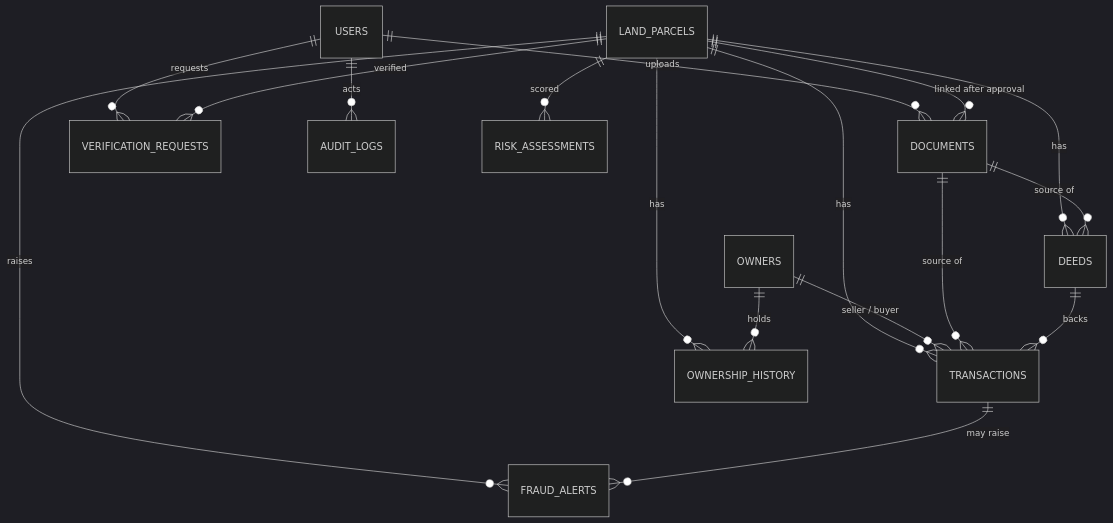
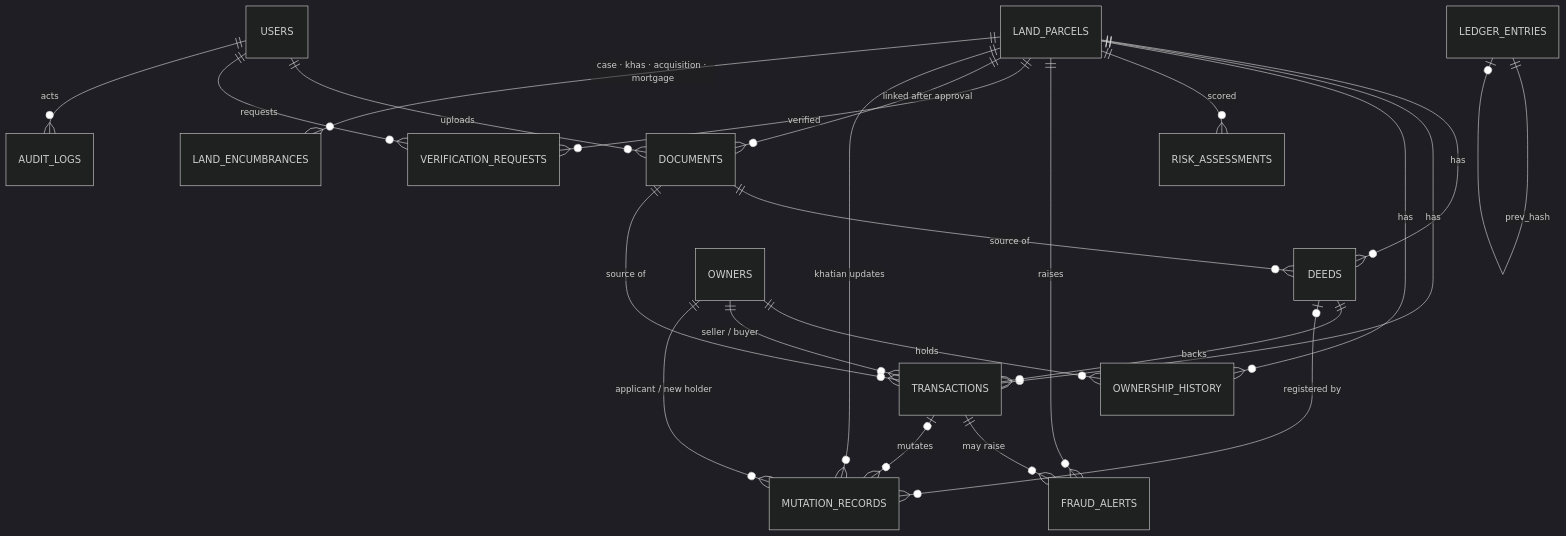
One commit to A-42-018/LandSheild-BD changed the seventh of 7 diagrams in docs/architecture.md. Above: the diagram before and after it, drawn with Mermaid (dark theme). The commit also changed other lines of this file and 170 other files, not shown here.

First line of the commit message:
Phases G0-Q2: e-Mutation, encumbrances, signed records, ledger, Formal Green UI, e2e

````diff
--- a/docs/architecture.md
+++ b/docs/architecture.md
@@ -73,19 +112,25 @@
 ```mermaid
 erDiagram
   USERS ||--o{ DOCUMENTS : uploads
   USERS ||--o{ VERIFICATION_REQUESTS : requests
   USERS ||--o{ AUDIT_LOGS : acts
   LAND_PARCELS ||--o{ DEEDS : has
   LAND_PARCELS ||--o{ TRANSACTIONS : has
   LAND_PARCELS ||--o{ OWNERSHIP_HISTORY : has
   LAND_PARCELS ||--o{ RISK_ASSESSMENTS : scored
   LAND_PARCELS ||--o{ FRAUD_ALERTS : raises
   LAND_PARCELS ||--o{ VERIFICATION_REQUESTS : verified
   OWNERS ||--o{ OWNERSHIP_HISTORY : holds
   OWNERS ||--o{ TRANSACTIONS : "seller / buyer"
   LAND_PARCELS ||--o{ DOCUMENTS : "linked after approval"
   DOCUMENTS ||--o{ DEEDS : "source of"
   DOCUMENTS ||--o{ TRANSACTIONS : "source of"
   DEEDS ||--o{ TRANSACTIONS : "backs"
   TRANSACTIONS ||--o{ FRAUD_ALERTS : "may raise"
+  LAND_PARCELS ||--o{ MUTATION_RECORDS : "khatian updates"
+  DEEDS |o--o{ MUTATION_RECORDS : "registered by"
+  TRANSACTIONS |o--o{ MUTATION_RECORDS : "mutates"
+  OWNERS ||--o{ MUTATION_RECORDS : "applicant / new holder"
+  LAND_PARCELS ||--o{ LAND_ENCUMBRANCES : "case · khas · acquisition · mortgage"
+  LEDGER_ENTRIES ||--o| LEDGER_ENTRIES : "prev_hash"
 ```
````
